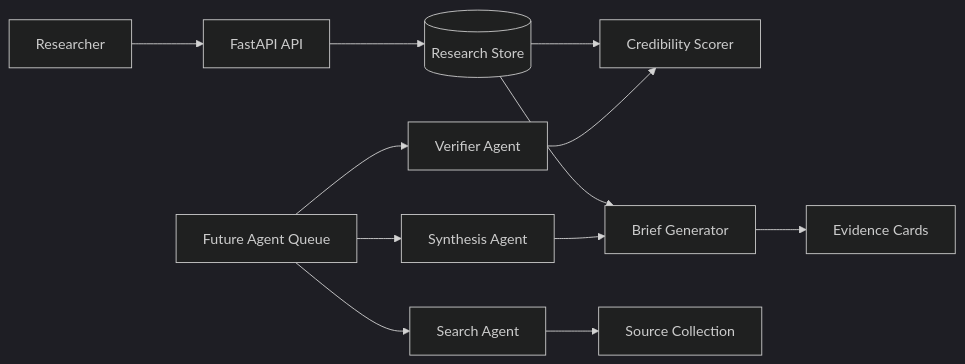
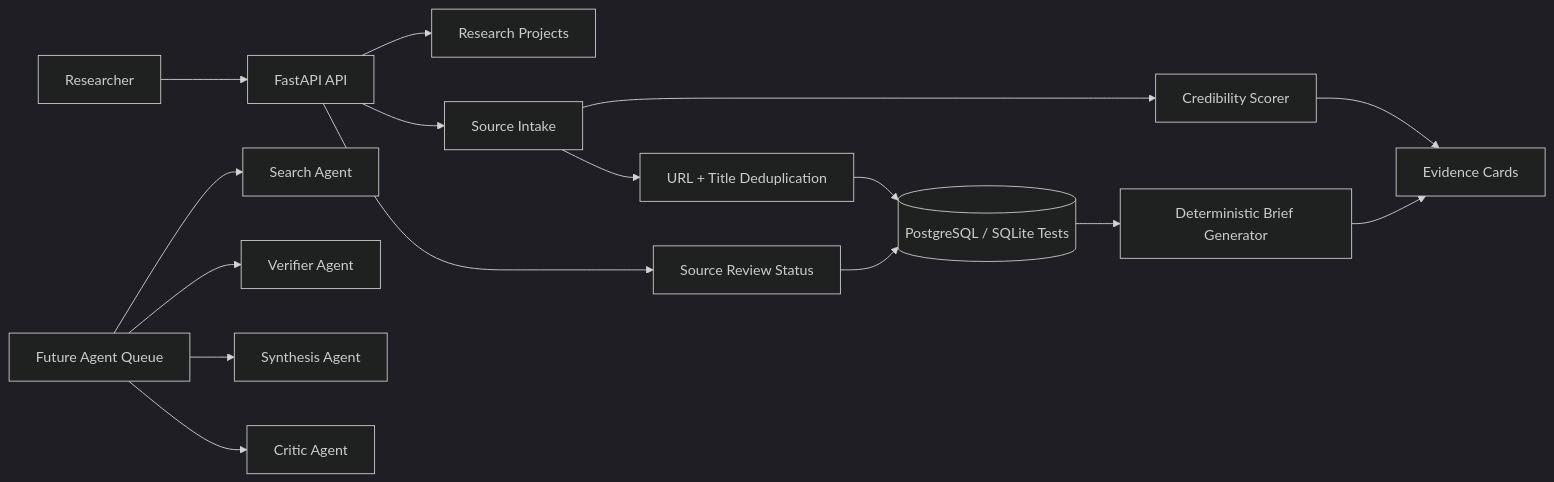
Before and after one commit to Zayedkz/multi-agent-research-workspace: the diagram in README.md, drawn with Mermaid (dark theme). The commit also changed other lines of this file, not shown here.

Commit message:
docs: polish research workspace README

````diff
--- a/README.md
+++ b/README.md
@@ -13,14 +23,18 @@
 ```mermaid
 flowchart LR
-    User[Researcher] --> API[FastAPI API]
-    API --> Store[(Research Store)]
-    Store --> Scorer[Credibility Scorer]
-    Store --> Brief[Brief Generator]
-    Brief --> Evidence[Evidence Cards]
-    AgentQueue[Future Agent Queue] --> Search[Search Agent]
-    AgentQueue --> Verify[Verifier Agent]
-    AgentQueue --> Synthesize[Synthesis Agent]
-    Search --> Sources[Source Collection]
-    Verify --> Scorer
-    Synthesize --> Brief
+    Researcher[Researcher] --> API[FastAPI API]
+    API --> Projects[Research Projects]
+    API --> Sources[Source Intake]
+    Sources --> Dedupe[URL + Title Deduplication]
+    Dedupe --> DB[(PostgreSQL / SQLite Tests)]
+    Sources --> Scorer[Credibility Scorer]
+    API --> Review[Source Review Status]
+    Review --> DB
+    DB --> Brief[Deterministic Brief Generator]
+    Scorer --> Evidence[Evidence Cards]
+    Brief --> Evidence
+    FutureAgents[Future Agent Queue] --> Search[Search Agent]
+    FutureAgents --> Verify[Verifier Agent]
+    FutureAgents --> Synthesize[Synthesis Agent]
+    FutureAgents --> Critic[Critic Agent]
 ```
````
